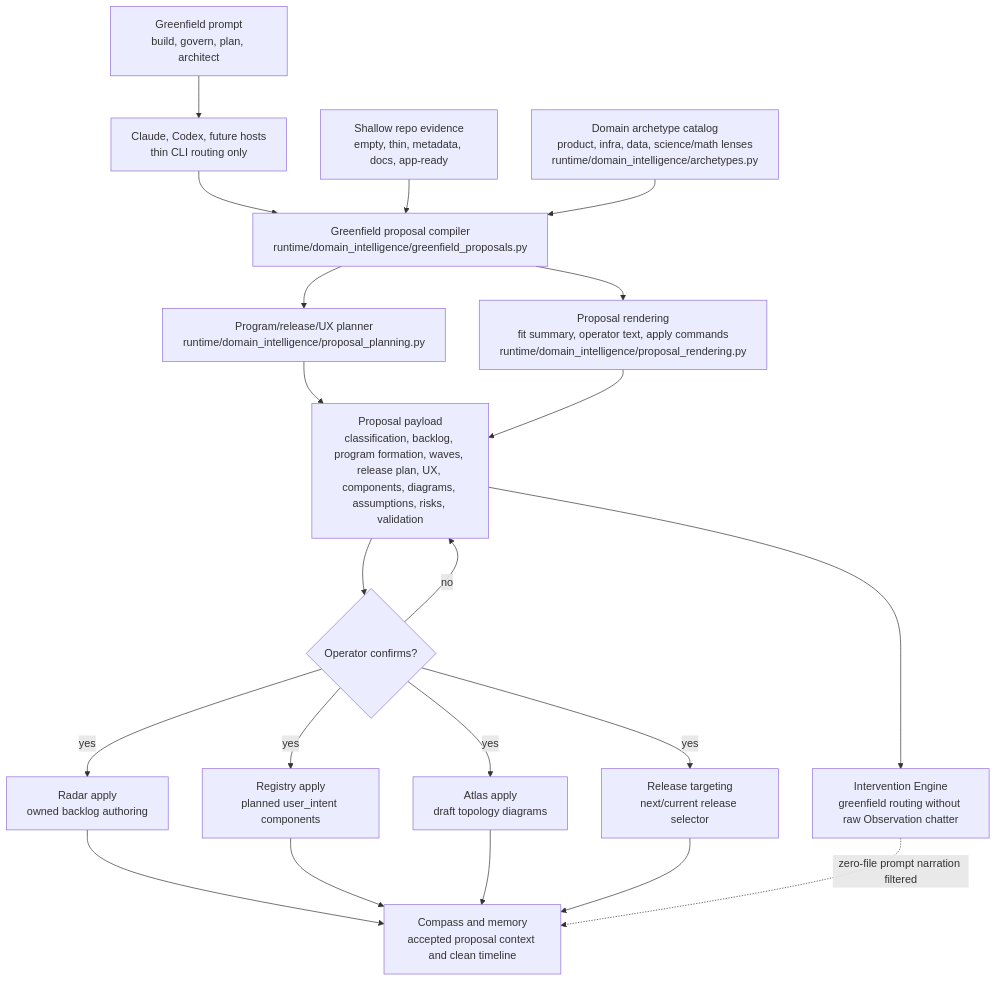
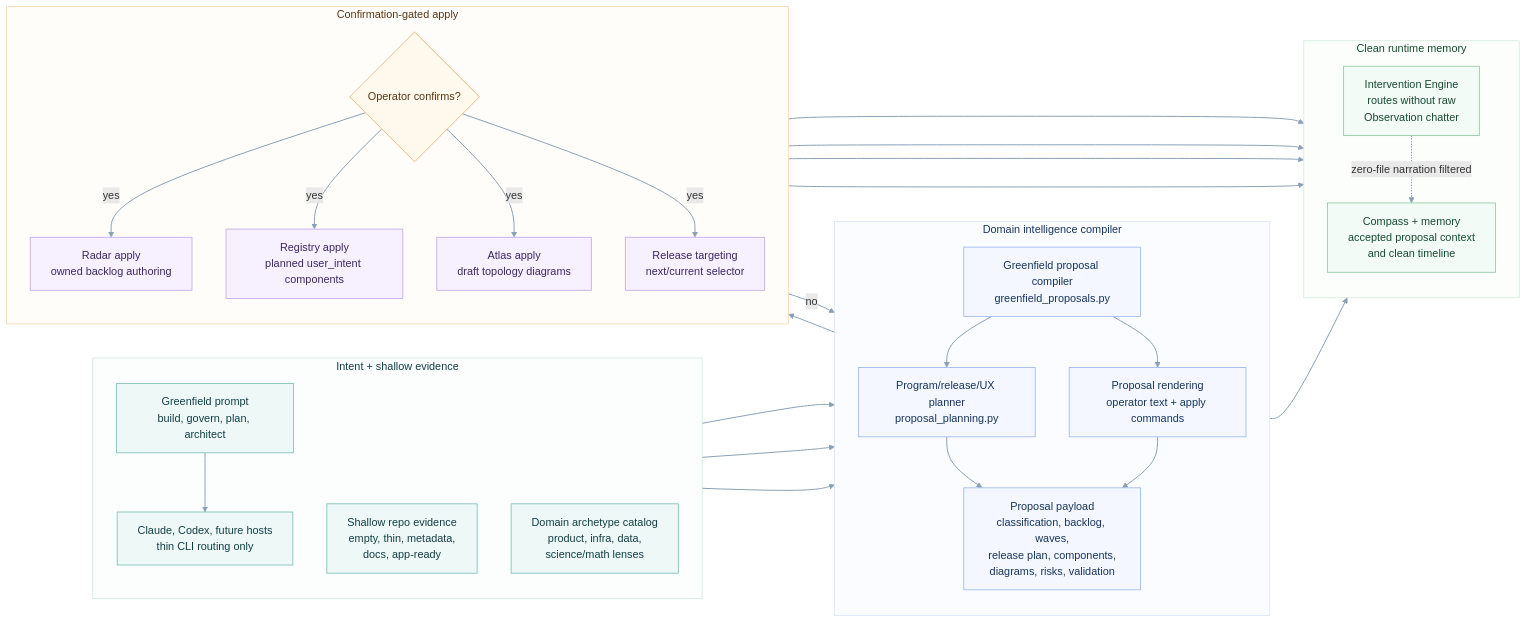
The diagram in odylith/atlas/source/domain-intelligence-greenfield-governance.mmd (odylith/odylith), drawn with Mermaid before and after one commit. The commit also changed 227 other files, not shown here.

```diff
--- a/odylith/atlas/source/domain-intelligence-greenfield-governance.mmd
+++ b/odylith/atlas/source/domain-intelligence-greenfield-governance.mmd
@@ -1,37 +1,67 @@
-flowchart TB
-    prompt["Greenfield prompt<br/>build, govern, plan, architect"]
-    source["Shallow repo evidence<br/>empty, thin, metadata, docs, app-ready"]
-    catalog["Domain archetype catalog<br/>product, infra, data, science/math lenses<br/>runtime/domain_intelligence/archetypes.py"]
-    compiler["Greenfield proposal compiler<br/>runtime/domain_intelligence/greenfield_proposals.py"]
-    planning["Program/release/UX planner<br/>runtime/domain_intelligence/proposal_planning.py"]
-    rendering["Proposal rendering<br/>fit summary, operator text, apply commands<br/>runtime/domain_intelligence/proposal_rendering.py"]
-    proposal["Proposal payload<br/>classification, backlog, program formation, waves, release plan, UX, components, diagrams, assumptions, risks, validation"]
-    confirm{"Operator confirms?"}
-    radar["Radar apply<br/>owned backlog authoring"]
-    registry["Registry apply<br/>planned user_intent components"]
-    atlas["Atlas apply<br/>draft topology diagrams"]
-    release["Release targeting<br/>next/current release selector"]
-    compass["Compass and memory<br/>accepted proposal context and clean timeline"]
-    intervention["Intervention Engine<br/>greenfield routing without raw Observation chatter"]
-    host["Claude, Codex, future hosts<br/>thin CLI routing only"]
+flowchart LR
+    subgraph intent_lane["Intent + shallow evidence"]
+      direction TB
+      prompt["Greenfield prompt<br/>build, govern, plan, architect"]
+      host["Claude, Codex, future hosts<br/>thin CLI routing only"]
+      source["Shallow repo evidence<br/>empty, thin, metadata,<br/>docs, app-ready"]
+      catalog["Domain archetype catalog<br/>product, infra, data,<br/>science/math lenses"]
+    end
+
+    subgraph reasoning_lane["Domain intelligence compiler"]
+      direction TB
+      compiler["Greenfield proposal compiler<br/>greenfield_proposals.py"]
+      planning["Program/release/UX planner<br/>proposal_planning.py"]
+      rendering["Proposal rendering<br/>operator text + apply commands"]
+      proposal["Proposal payload<br/>classification, backlog, waves,<br/>release plan, components,<br/>diagrams, risks, validation"]
+    end
+
+    subgraph confirmation_lane["Confirmation-gated apply"]
+      direction TB
+      confirm{"Operator confirms?"}
+      radar["Radar apply<br/>owned backlog authoring"]
+      registry["Registry apply<br/>planned user_intent components"]
+      atlas["Atlas apply<br/>draft topology diagrams"]
+      release["Release targeting<br/>next/current selector"]
+    end
+
+    subgraph memory_lane["Clean runtime memory"]
+      direction TB
+      intervention["Intervention Engine<br/>routes without raw<br/>Observation chatter"]
+      compass["Compass + memory<br/>accepted proposal context<br/>and clean timeline"]
+    end
 
     prompt --> host
     host --> compiler
     source --> compiler
     catalog --> compiler
-    compiler --> planning
-    planning --> proposal
-    compiler --> rendering
-    rendering --> proposal
+    compiler --> planning --> proposal
+    compiler --> rendering --> proposal
     proposal --> intervention
     proposal --> confirm
     confirm -- "no" --> proposal
     confirm -- "yes" --> radar
     confirm -- "yes" --> registry
     confirm -- "yes" --> atlas
     confirm -- "yes" --> release
     radar --> compass
     registry --> compass
     atlas --> compass
     release --> compass
-    intervention -. "zero-file prompt narration filtered" .-> compass
+    intervention -. "zero-file narration filtered" .-> compass
+
+    classDef input fill:#eef8f7,stroke:#7bbdb6,color:#123f46,stroke-width:1.2px;
+    classDef intelligence fill:#f4f7ff,stroke:#9bb8e8,color:#17345d,stroke-width:1.2px;
+    classDef decision fill:#fff8ed,stroke:#e8b477,color:#5a3514,stroke-width:1.3px;
+    classDef apply fill:#f6f0ff,stroke:#c4a7e7,color:#3c2865,stroke-width:1.2px;
+    classDef memory fill:#f3fbf6,stroke:#8fc9a3,color:#164b31,stroke-width:1.2px;
+    class prompt,host,source,catalog input;
+    class compiler,planning,rendering,proposal intelligence;
+    class confirm decision;
+    class radar,registry,atlas,release apply;
+    class intervention,compass memory;
+
+    style intent_lane fill:#fbfefd,stroke:#c8e4df,stroke-width:1px,color:#123f46
+    style reasoning_lane fill:#fbfcff,stroke:#d5e0f5,stroke-width:1px,color:#17345d
+    style confirmation_lane fill:#fffdfa,stroke:#f0d4a4,stroke-width:1px,color:#5a3514
+    style memory_lane fill:#fbfefb,stroke:#cfe8d7,stroke-width:1px,color:#164b31
+    linkStyle default stroke:#8aa0b5,stroke-width:1.45px
```
